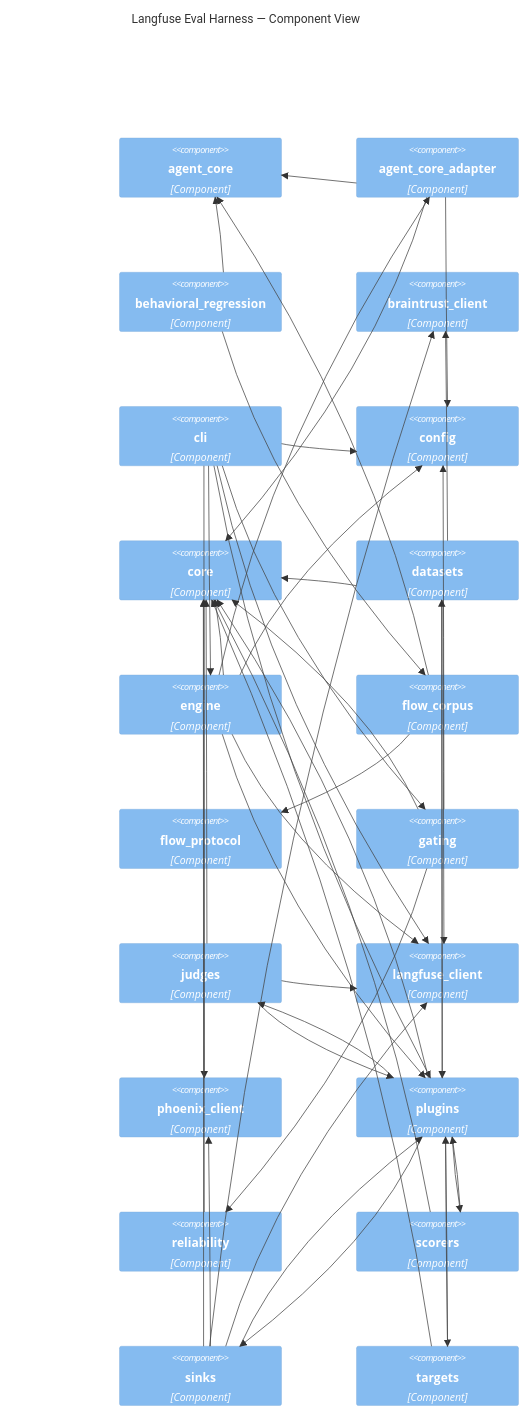
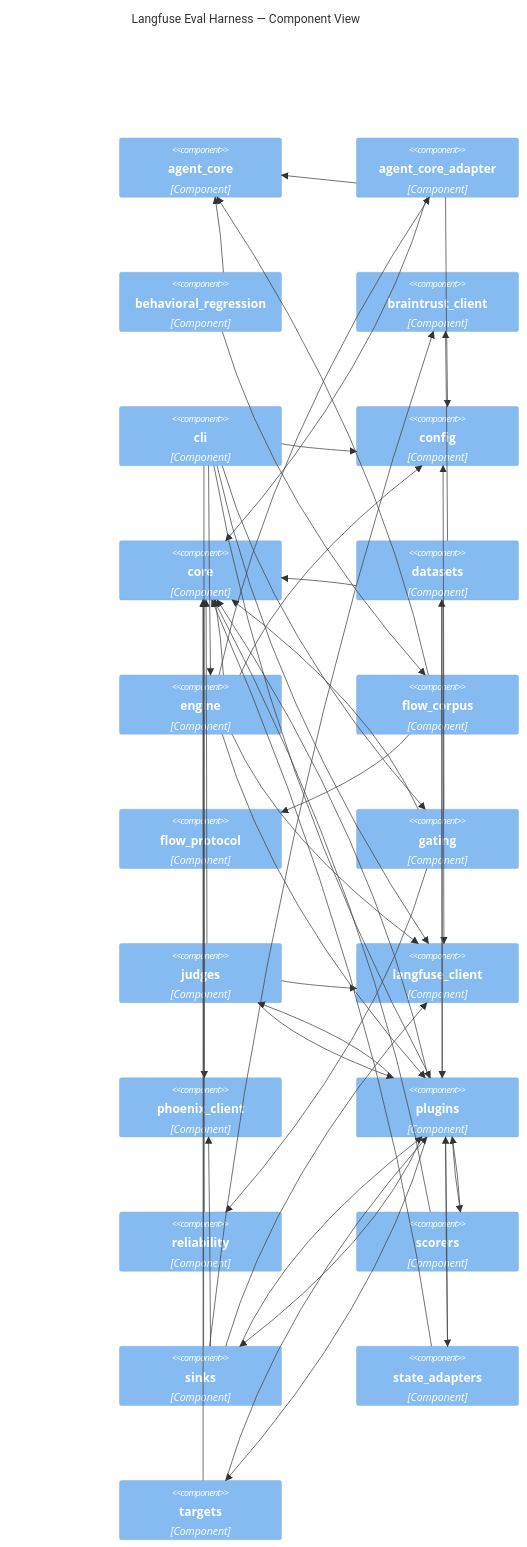
Before and after one commit to ianshank/Agents: the diagram in architecture.mmd, drawn with Mermaid. The commit also changed 16 other files, not shown here.

First line of the commit message:
feat(eval_harness): F-060 governance -- architecture, cli, CHANGELOG, ruff format

```diff
--- a/architecture.mmd
+++ b/architecture.mmd
@@ -1,68 +1,72 @@
 C4Component
     title Langfuse Eval Harness — Component View
 
     Component(agent_core, "agent_core", "Component")
     Component(agent_core_adapter, "agent_core_adapter", "Component")
     Component(behavioral_regression, "behavioral_regression", "Component")
     Component(braintrust_client, "braintrust_client", "Component")
     Component(cli, "cli", "Component")
     Component(config, "config", "Component")
     Component(core, "core", "Component")
     Component(datasets, "datasets", "Component")
     Component(engine, "engine", "Component")
     Component(flow_corpus, "flow_corpus", "Component")
     Component(flow_protocol, "flow_protocol", "Component")
     Component(gating, "gating", "Component")
     Component(judges, "judges", "Component")
     Component(langfuse_client, "langfuse_client", "Component")
     Component(phoenix_client, "phoenix_client", "Component")
     Component(plugins, "plugins", "Component")
     Component(reliability, "reliability", "Component")
     Component(scorers, "scorers", "Component")
     Component(sinks, "sinks", "Component")
+    Component(state_adapters, "state_adapters", "Component")
     Component(targets, "targets", "Component")
 
     Rel(agent_core_adapter, agent_core, "")
     Rel(agent_core_adapter, config, "")
     Rel(agent_core_adapter, core, "")
     Rel(behavioral_regression, agent_core, "")
     Rel(behavioral_regression, flow_corpus, "")
     Rel(cli, config, "")
     Rel(cli, engine, "")
     Rel(cli, gating, "")
     Rel(cli, langfuse_client, "")
     Rel(cli, phoenix_client, "")
     Rel(cli, plugins, "")
     Rel(datasets, braintrust_client, "")
     Rel(datasets, core, "")
     Rel(datasets, langfuse_client, "")
     Rel(datasets, plugins, "")
     Rel(engine, agent_core_adapter, "")
     Rel(engine, config, "")
     Rel(engine, core, "")
     Rel(engine, langfuse_client, "")
     Rel(engine, plugins, "")
     Rel(flow_corpus, agent_core, "")
     Rel(flow_corpus, flow_protocol, "")
     Rel(gating, config, "")
     Rel(gating, core, "")
     Rel(gating, reliability, "")
     Rel(judges, core, "")
     Rel(judges, langfuse_client, "")
     Rel(judges, plugins, "")
     Rel(plugins, core, "")
     Rel(plugins, datasets, "")
     Rel(plugins, judges, "")
     Rel(plugins, scorers, "")
     Rel(plugins, sinks, "")
+    Rel(plugins, state_adapters, "")
     Rel(plugins, targets, "")
     Rel(reliability, core, "")
     Rel(scorers, core, "")
     Rel(scorers, plugins, "")
     Rel(sinks, braintrust_client, "")
     Rel(sinks, core, "")
     Rel(sinks, langfuse_client, "")
     Rel(sinks, phoenix_client, "")
     Rel(sinks, plugins, "")
+    Rel(state_adapters, core, "")
+    Rel(state_adapters, plugins, "")
     Rel(targets, core, "")
     Rel(targets, plugins, "")
```
